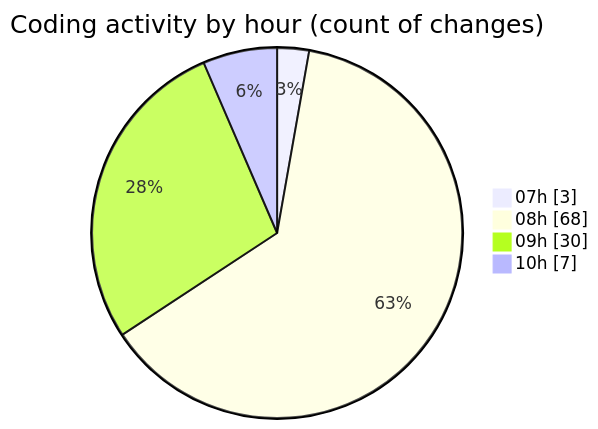
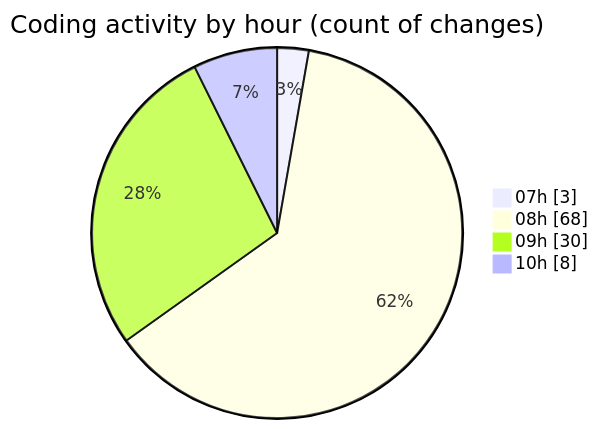
One commit to lephambinh05/code-tracking changed the second of 2 diagrams in 2025-07-10/toolsopenemalpass/README.md. Above: the diagram before and after it, drawn with Mermaid. The commit also changed other lines of this file and 1 other file, not shown here.

````diff
--- a/2025-07-10/toolsopenemalpass/README.md
+++ b/2025-07-10/toolsopenemalpass/README.md
@@ -76,8 +76,8 @@
 ```mermaid
 pie showData
 title Coding activity by hour (count of changes)
 "07h" : 3
 "08h" : 68
 "09h" : 30
-"10h" : 7
+"10h" : 8
 ```
````
